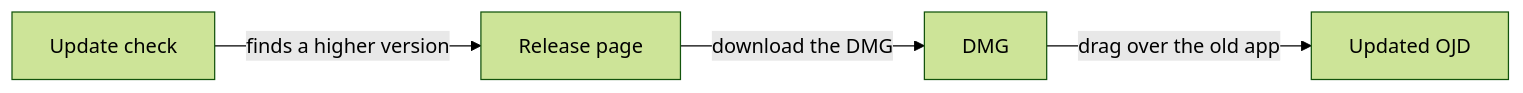
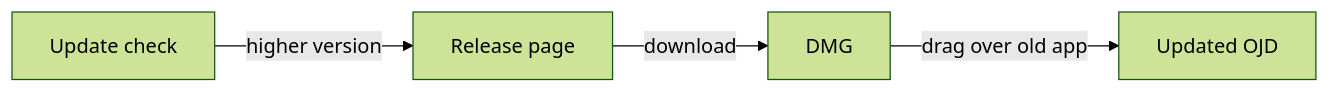
Before and after one commit to xsyetopz/OpenJoystickDriver: the diagram in wiki/Updating-and-Uninstalling.md, drawn with Mermaid (forest theme). The commit also changed other lines of this file, not shown here.

Commit message:
docs(wiki): cut the update page by a third

````diff
--- a/wiki/Updating-and-Uninstalling.md
+++ b/wiki/Updating-and-Uninstalling.md
@@ -7,6 +5,6 @@
 ```mermaid
 flowchart LR
-    chk[Update check] -->|"finds a higher version"| page[Release page]
-    page -->|"download the DMG"| dmg[DMG]
-    dmg -->|"drag over the old app"| app[Updated OJD]
+    chk[Update check] -->|"higher version"| page[Release page]
+    page -->|"download"| dmg[DMG]
+    dmg -->|"drag over old app"| app[Updated OJD]
 ```
````
